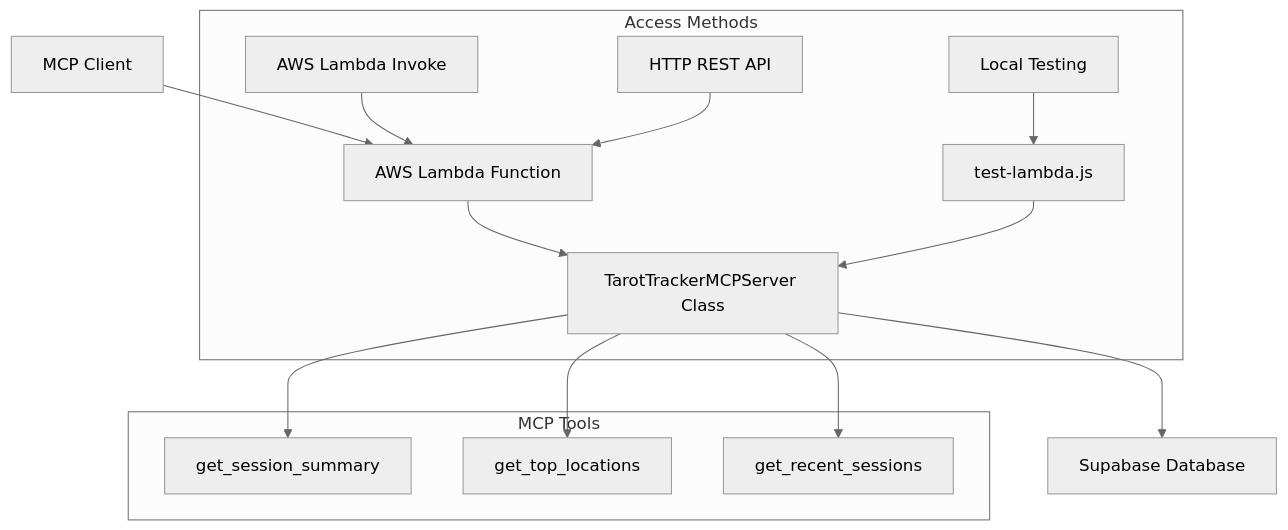
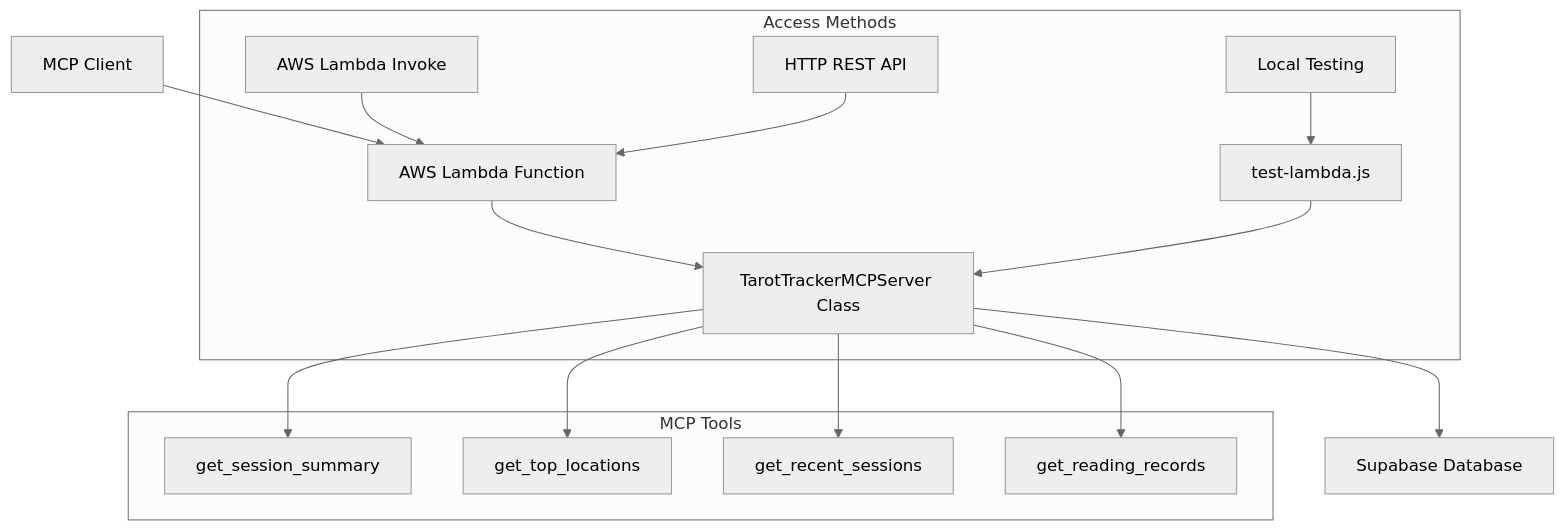
Before and after one commit to bkdraper/blacksheep_tarot_reading_tracker: the fourth of 5 diagrams in README.md, drawn with Mermaid (neutral theme). The commit also changed other lines of this file and 6 other files, not shown here.

First line of the commit message:
feat: Add get_reading_records MCP tool with detailed filtering and Bedrock Agent planning

````diff
--- a/README.md
+++ b/README.md
@@ -155,23 +155,25 @@
 ```mermaid
 graph TB
     A[MCP Client] --> B[AWS Lambda Function]
     B --> C[TarotTrackerMCPServer Class]
     C --> D[Supabase Database]
     
     subgraph "Access Methods"
         E[AWS Lambda Invoke] --> B
         F[HTTP REST API] --> B
         G[Local Testing] --> H[test-lambda.js]
         H --> C
     end
     
     subgraph "MCP Tools"
         I[get_session_summary]
         J[get_top_locations]
         K[get_recent_sessions]
+        L[get_reading_records]
     end
     
     C --> I
     C --> J
     C --> K
+    C --> L
 ```
````
